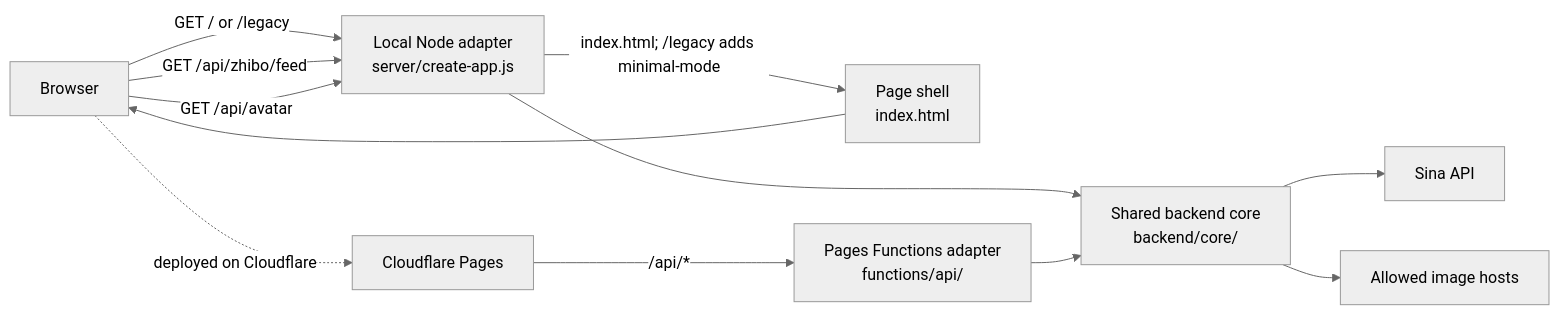
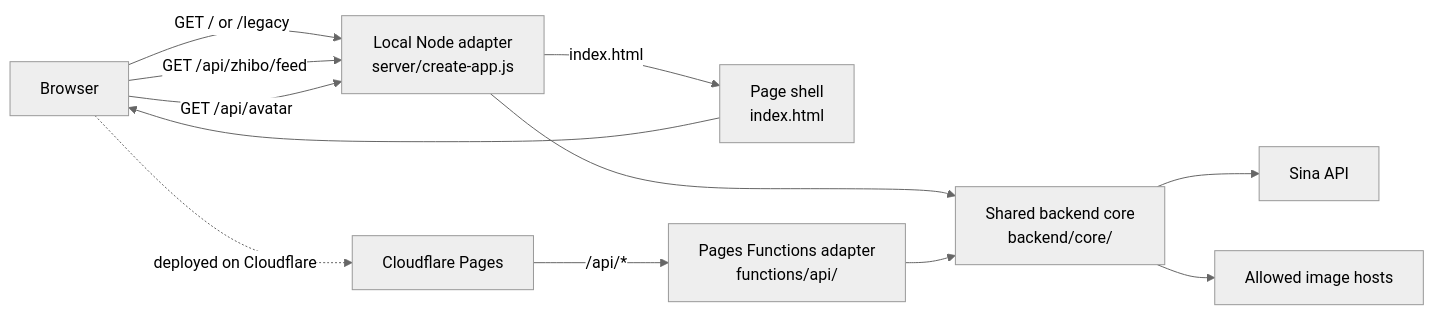
The first of 3 diagrams in ARCHITECTURE.md (virtuecho/sina7x24), drawn with Mermaid (neutral theme) before and after one commit. The commit also changed other lines of this file and 4 other files, not shown here.

Commit message:
Refactor: render legacy mode before first paint

````diff
--- a/ARCHITECTURE.md
+++ b/ARCHITECTURE.md
@@ -20,18 +20,18 @@
 ```mermaid
 flowchart LR
   Browser["Browser"] -->|GET / or /legacy| Node["Local Node adapter<br/>server/create-app.js"]
-  Node -->|index.html; /legacy adds minimal-mode| Page["Page shell<br/>index.html"]
+  Node -->|index.html| Page["Page shell<br/>index.html"]
   Page --> Browser
 
   Browser -->|GET /api/zhibo/feed| Node
   Browser -->|GET /api/avatar| Node
 
   Browser -. deployed on Cloudflare .-> Pages["Cloudflare Pages"]
   Pages -->|/api/*| Functions["Pages Functions adapter<br/>functions/api/"]
 
   Node --> Core["Shared backend core<br/>backend/core/"]
   Functions --> Core
 
   Core --> Sina["Sina API"]
   Core --> Avatar["Allowed image hosts"]
 ```
````
